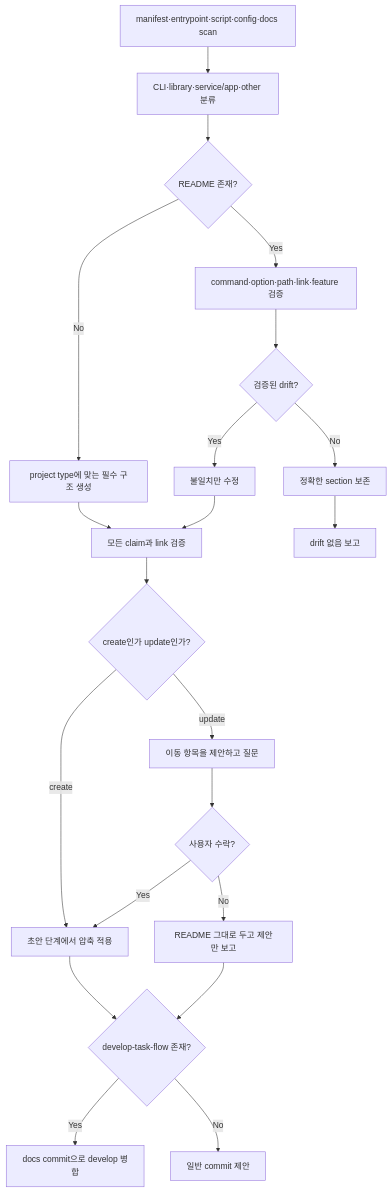
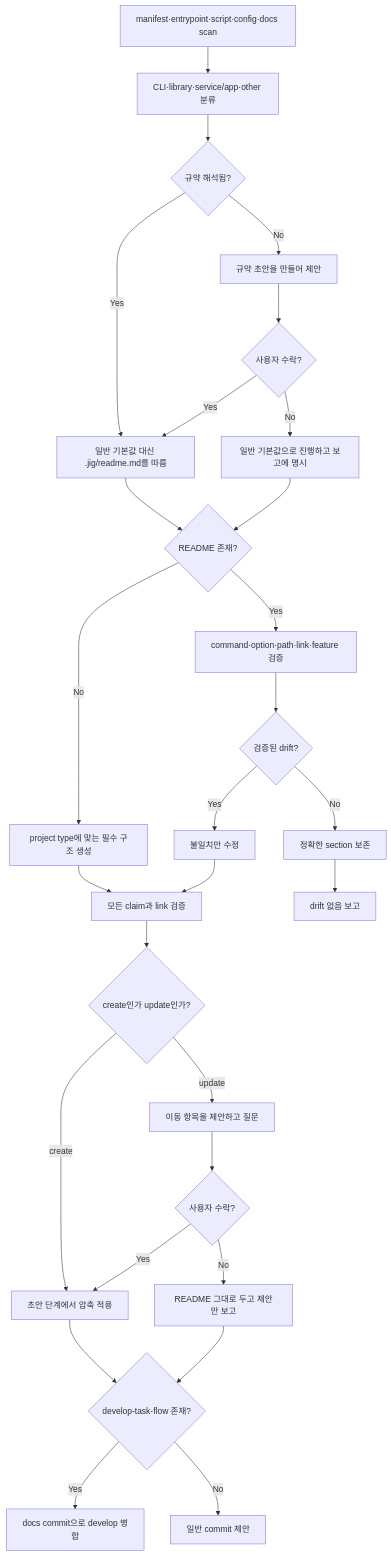
Before and after one commit to 0x0w1/jig: the diagram in docs/ko/skills/readme.md, drawn with Mermaid. The commit also changed other lines of this file and 10 other files, not shown here.

````diff
--- a/docs/ko/skills/readme.md
+++ b/docs/ko/skills/readme.md
@@ -22,23 +22,30 @@
 ```mermaid
 flowchart TD
     Scan[manifest·entrypoint·script·config·docs scan] --> Type[CLI·library·service/app·other 분류]
-    Type --> Exists{README 존재?}
+    Type --> Profile{규약 해석됨?}
+    Profile -- Yes --> Follow[일반 기본값 대신 .jig/readme.md를 따름]
+    Profile -- No --> Offer[규약 초안을 만들어 제안]
+    Offer --> Written{사용자 수락?}
+    Written -- Yes --> Follow
+    Written -- No --> Defaults[일반 기본값으로 진행하고 보고에 명시]
+    Follow --> Exists{README 존재?}
+    Defaults --> Exists
     Exists -- No --> Create[project type에 맞는 필수 구조 생성]
     Exists -- Yes --> Audit[command·option·path·link·feature 검증]
     Audit --> Drift{검증된 drift?}
     Drift -- Yes --> Fix[불일치만 수정]
     Drift -- No --> Preserve[정확한 section 보존]
     Create --> Validate[모든 claim과 link 검증]
     Fix --> Validate
     Preserve --> Report[drift 없음 보고]
     Validate --> Compress{create인가 update인가?}
     Compress -- create --> Applied[초안 단계에서 압축 적용]
     Compress -- update --> Proposal[이동 항목을 제안하고 질문]
     Proposal --> Answer{사용자 수락?}
     Answer -- Yes --> Applied
     Answer -- No --> Kept[README 그대로 두고 제안만 보고]
     Applied --> Flow{develop-task-flow 존재?}
     Kept --> Flow
     Flow -- Yes --> Merge[docs commit으로 develop 병합]
     Flow -- No --> Propose[일반 commit 제안]
 ```
````
